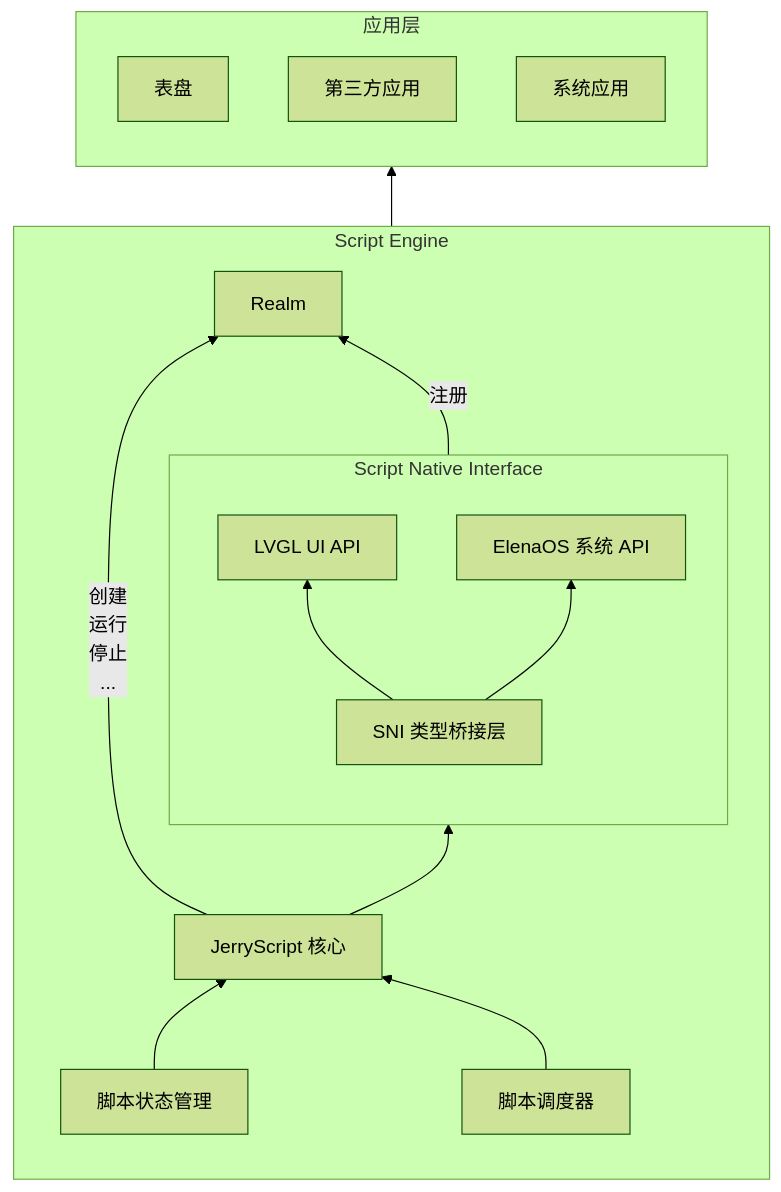
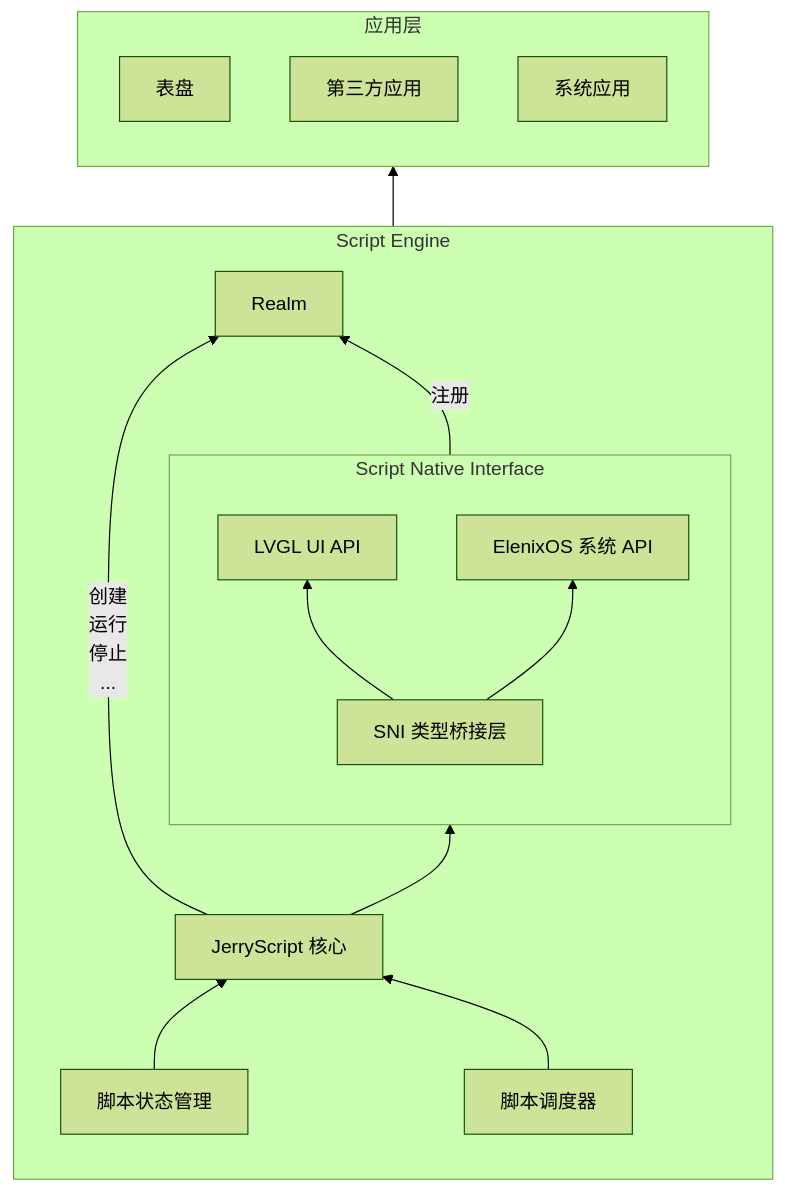
One commit to fossabot/ElenixOS-Docs changed the diagram in docs/architecture/script_engine.mdx. Above: the diagram before and after it, drawn with Mermaid (forest theme). The commit also changed other lines of this file and 72 other files, not shown here.

Commit message:
refactor!: Rename project form ElenaOS-docs to ElenixOS-Docs

````diff
--- a/docs/architecture/script_engine.mdx
+++ b/docs/architecture/script_engine.mdx
@@ -24,36 +24,36 @@
 ```mermaid
 flowchart BT
 
     subgraph application["应用层"]
         direction BT
         Watchface["表盘"]
         ThirdPartyApp["第三方应用"]
         SystemApp["系统应用"]
     end
 
     subgraph ScriptEngine["Script Engine"]
         direction BT
         JerryScriptCore["JerryScript 核心"]
         Realm["Realm"]
         Scheduler["脚本调度器"]
         State["脚本状态管理"]
 
         subgraph SNI["Script Native Interface"]
             direction BT
             LVGL["LVGL UI API"]
-            ElenaOS["ElenaOS 系统 API"]
+            ElenixOS["ElenixOS 系统 API"]
             SNI_TB["SNI 类型桥接层"]
 
             SNI_TB-->LVGL
-            SNI_TB-->ElenaOS
+            SNI_TB-->ElenixOS
         end
     end
 
     JerryScriptCore -->|创建</br>运行</br>停止</br>...| Realm
     JerryScriptCore --> SNI
     State --> JerryScriptCore
     Scheduler --> JerryScriptCore
 
     SNI -->|注册| Realm
     Realm --> application
 ```
````
